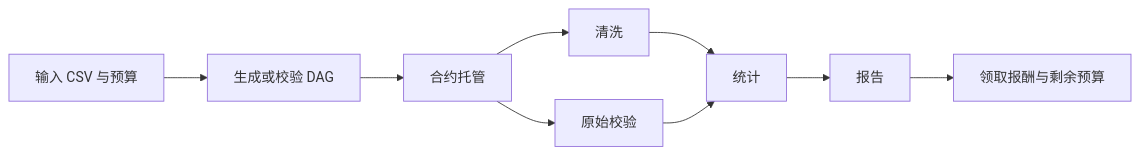
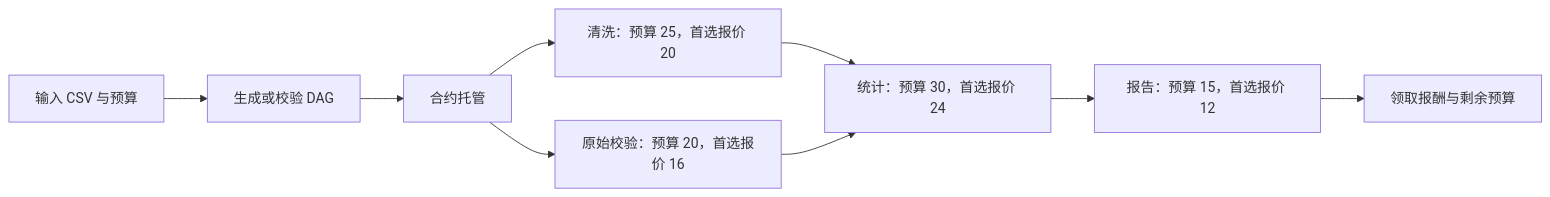
The first of 7 diagrams in README.md (yutun005/CCFblock_chain), drawn with Mermaid before and after one commit. The commit also changed other lines of this file and 2 other files, not shown here.

````diff
--- a/README.md
+++ b/README.md
@@ -110,11 +110,11 @@
 ```mermaid
 flowchart LR
     I[输入 CSV 与预算] --> P[生成或校验 DAG]
     P --> E[合约托管]
-    E --> C[清洗]
-    E --> Q[原始校验]
-    C --> S[统计]
+    E --> C[清洗：预算 25，首选报价 20]
+    E --> Q[原始校验：预算 20，首选报价 16]
+    C --> S[统计：预算 30，首选报价 24]
     Q --> S
-    S --> R[报告]
+    S --> R[报告：预算 15，首选报价 12]
     R --> F[领取报酬与剩余预算]
 ```
````
